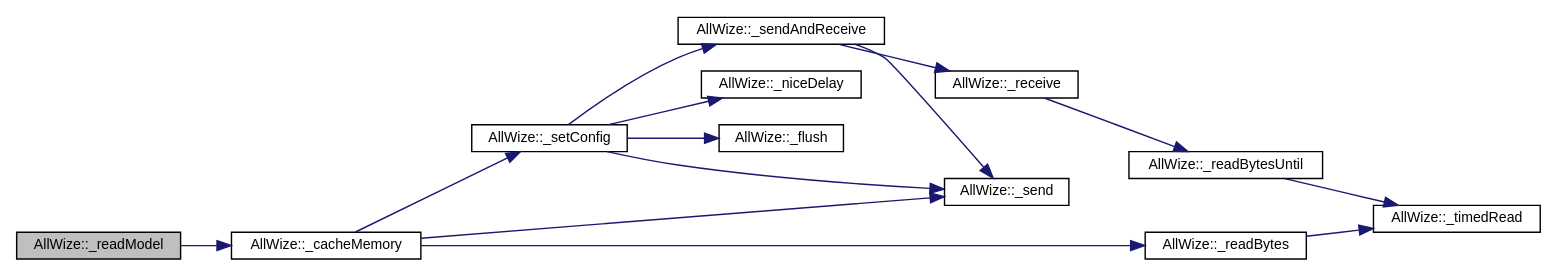
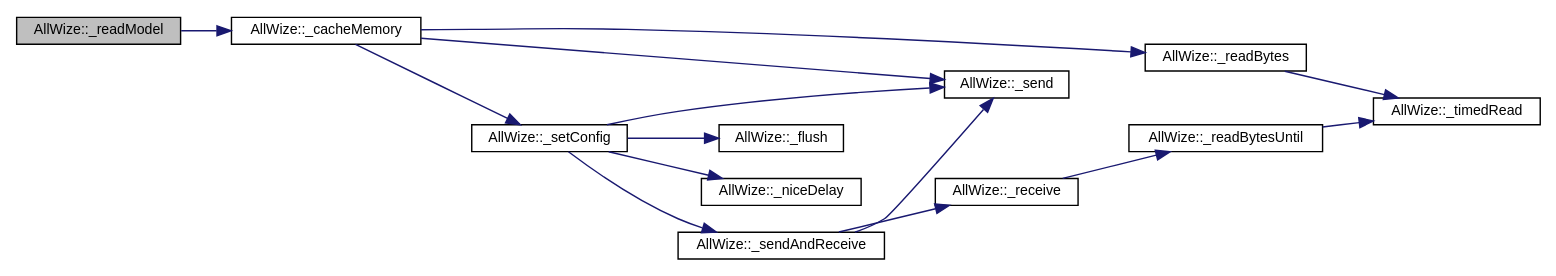
Before and after one commit to AllWize/allwize: the diagram in docs/classAllWize_ae8c87383e24fc244c5f90c204b813564_cgraph.dot, drawn with Graphviz. The commit also changed 1467 other files, not shown here.

```diff
--- a/docs/classAllWize_ae8c87383e24fc244c5f90c204b813564_cgraph.dot
+++ b/docs/classAllWize_ae8c87383e24fc244c5f90c204b813564_cgraph.dot
@@ -1,30 +1,31 @@
 digraph "AllWize::_readModel"
 {
+ // LATEX_PDF_SIZE
   edge [fontname="Helvetica",fontsize="10",labelfontname="Helvetica",labelfontsize="10"];
   node [fontname="Helvetica",fontsize="10",shape=record];
   rankdir="LR";
-  Node307 [label="AllWize::_readModel",height=0.2,width=0.4,color="black", fillcolor="grey75", style="filled", fontcolor="black"];
-  Node307 -> Node308 [color="midnightblue",fontsize="10",style="solid",fontname="Helvetica"];
-  Node308 [label="AllWize::_cacheMemory",height=0.2,width=0.4,color="black", fillcolor="white", style="filled",URL="$classAllWize.html#a66d3d78edddcc8dfde0cfb1b6deec56e",tooltip="Reads and caches the module memory. "];
-  Node308 -> Node309 [color="midnightblue",fontsize="10",style="solid",fontname="Helvetica"];
-  Node309 [label="AllWize::_setConfig",height=0.2,width=0.4,color="black", fillcolor="white", style="filled",URL="$classAllWize.html#a493af0599b973f713192b175000264e6",tooltip="Sets or unsets config mode. "];
-  Node309 -> Node310 [color="midnightblue",fontsize="10",style="solid",fontname="Helvetica"];
-  Node310 [label="AllWize::_flush",height=0.2,width=0.4,color="black", fillcolor="white", style="filled",URL="$classAllWize.html#ace21941ce1a1174ef567c1a269ebf551",tooltip="Flushes the serial line to the module. "];
-  Node309 -> Node311 [color="midnightblue",fontsize="10",style="solid",fontname="Helvetica"];
-  Node311 [label="AllWize::_sendAndReceive",height=0.2,width=0.4,color="black", fillcolor="white", style="filled",URL="$classAllWize.html#af4c575f742b3c2a837058846b83fbfe1",tooltip="Sends a binary buffer and waits for response. Returns the number of bytes received and stored in the ..."];
-  Node311 -> Node312 [color="midnightblue",fontsize="10",style="solid",fontname="Helvetica"];
-  Node312 [label="AllWize::_send",height=0.2,width=0.4,color="black", fillcolor="white", style="filled",URL="$classAllWize.html#ac194cac5fd63b864ef567fb7a51a2ac9",tooltip="Sends a binary buffer to the module UART. Returns the number of bytes actually sent. "];
-  Node311 -> Node313 [color="midnightblue",fontsize="10",style="solid",fontname="Helvetica"];
-  Node313 [label="AllWize::_receive",height=0.2,width=0.4,color="black", fillcolor="white", style="filled",URL="$classAllWize.html#a197c8bd0c47789acefd4e360ca697feb",tooltip="Listens to incoming data from the module until timeout or END_OF_RESPONSE. "];
-  Node313 -> Node314 [color="midnightblue",fontsize="10",style="solid",fontname="Helvetica"];
-  Node314 [label="AllWize::_readBytesUntil",height=0.2,width=0.4,color="black", fillcolor="white", style="filled",URL="$classAllWize.html#a3cdbc480293b0e3c24107c549b485d5c",tooltip="Reads the stream buffer up to a certain char or times out. "];
-  Node314 -> Node315 [color="midnightblue",fontsize="10",style="solid",fontname="Helvetica"];
-  Node315 [label="AllWize::_timedRead",height=0.2,width=0.4,color="black", fillcolor="white", style="filled",URL="$classAllWize.html#ac33ba05cebc3de22babb477922a07eaf",tooltip="Reads a byte from the stream with a timeout. "];
-  Node309 -> Node312 [color="midnightblue",fontsize="10",style="solid",fontname="Helvetica"];
-  Node309 -> Node316 [color="midnightblue",fontsize="10",style="solid",fontname="Helvetica"];
-  Node316 [label="AllWize::_niceDelay",height=0.2,width=0.4,color="black", fillcolor="white", style="filled",URL="$classAllWize.html#afeed45d2a47e184092d6dcd64c22fb72",tooltip="Does a non-blocking delay. "];
-  Node308 -> Node312 [color="midnightblue",fontsize="10",style="solid",fontname="Helvetica"];
-  Node308 -> Node317 [color="midnightblue",fontsize="10",style="solid",fontname="Helvetica"];
-  Node317 [label="AllWize::_readBytes",height=0.2,width=0.4,color="black", fillcolor="white", style="filled",URL="$classAllWize.html#abe54eebd9c81044246d6657c0686f859",tooltip="Reads the stream buffer up to a number of bytes. "];
-  Node317 -> Node315 [color="midnightblue",fontsize="10",style="solid",fontname="Helvetica"];
+  Node1 [label="AllWize::_readModel",height=0.2,width=0.4,color="black", fillcolor="grey75", style="filled", fontcolor="black",tooltip="Searches for the module model."];
+  Node1 -> Node2 [color="midnightblue",fontsize="10",style="solid",fontname="Helvetica"];
+  Node2 [label="AllWize::_cacheMemory",height=0.2,width=0.4,color="black", fillcolor="white", style="filled",URL="$classAllWize.html#a66d3d78edddcc8dfde0cfb1b6deec56e",tooltip="Reads and caches the module memory."];
+  Node2 -> Node3 [color="midnightblue",fontsize="10",style="solid",fontname="Helvetica"];
+  Node3 [label="AllWize::_readBytes",height=0.2,width=0.4,color="black", fillcolor="white", style="filled",URL="$classAllWize.html#abe54eebd9c81044246d6657c0686f859",tooltip="Reads the stream buffer up to a number of bytes."];
+  Node3 -> Node4 [color="midnightblue",fontsize="10",style="solid",fontname="Helvetica"];
+  Node4 [label="AllWize::_timedRead",height=0.2,width=0.4,color="black", fillcolor="white", style="filled",URL="$classAllWize.html#ac33ba05cebc3de22babb477922a07eaf",tooltip="Reads a byte from the stream with a timeout."];
+  Node2 -> Node5 [color="midnightblue",fontsize="10",style="solid",fontname="Helvetica"];
+  Node5 [label="AllWize::_send",height=0.2,width=0.4,color="black", fillcolor="white", style="filled",URL="$classAllWize.html#ac194cac5fd63b864ef567fb7a51a2ac9",tooltip="Sends a binary buffer to the module UART. Returns the number of bytes actually sent."];
+  Node2 -> Node6 [color="midnightblue",fontsize="10",style="solid",fontname="Helvetica"];
+  Node6 [label="AllWize::_setConfig",height=0.2,width=0.4,color="black", fillcolor="white", style="filled",URL="$classAllWize.html#a493af0599b973f713192b175000264e6",tooltip="Sets or unsets config mode."];
+  Node6 -> Node7 [color="midnightblue",fontsize="10",style="solid",fontname="Helvetica"];
+  Node7 [label="AllWize::_flush",height=0.2,width=0.4,color="black", fillcolor="white", style="filled",URL="$classAllWize.html#ace21941ce1a1174ef567c1a269ebf551",tooltip="Flushes the serial line to the module."];
+  Node6 -> Node8 [color="midnightblue",fontsize="10",style="solid",fontname="Helvetica"];
+  Node8 [label="AllWize::_niceDelay",height=0.2,width=0.4,color="black", fillcolor="white", style="filled",URL="$classAllWize.html#afeed45d2a47e184092d6dcd64c22fb72",tooltip="Does a non-blocking delay."];
+  Node6 -> Node5 [color="midnightblue",fontsize="10",style="solid",fontname="Helvetica"];
+  Node6 -> Node9 [color="midnightblue",fontsize="10",style="solid",fontname="Helvetica"];
+  Node9 [label="AllWize::_sendAndReceive",height=0.2,width=0.4,color="black", fillcolor="white", style="filled",URL="$classAllWize.html#af4c575f742b3c2a837058846b83fbfe1",tooltip="Sends a binary buffer and waits for response. Returns the number of bytes received and stored in the ..."];
+  Node9 -> Node10 [color="midnightblue",fontsize="10",style="solid",fontname="Helvetica"];
+  Node10 [label="AllWize::_receive",height=0.2,width=0.4,color="black", fillcolor="white", style="filled",URL="$classAllWize.html#a197c8bd0c47789acefd4e360ca697feb",tooltip="Listens to incoming data from the module until timeout or END_OF_RESPONSE."];
+  Node10 -> Node11 [color="midnightblue",fontsize="10",style="solid",fontname="Helvetica"];
+  Node11 [label="AllWize::_readBytesUntil",height=0.2,width=0.4,color="black", fillcolor="white", style="filled",URL="$classAllWize.html#a3cdbc480293b0e3c24107c549b485d5c",tooltip="Reads the stream buffer up to a certain char or times out."];
+  Node11 -> Node4 [color="midnightblue",fontsize="10",style="solid",fontname="Helvetica"];
+  Node9 -> Node5 [color="midnightblue",fontsize="10",style="solid",fontname="Helvetica"];
 }
```
